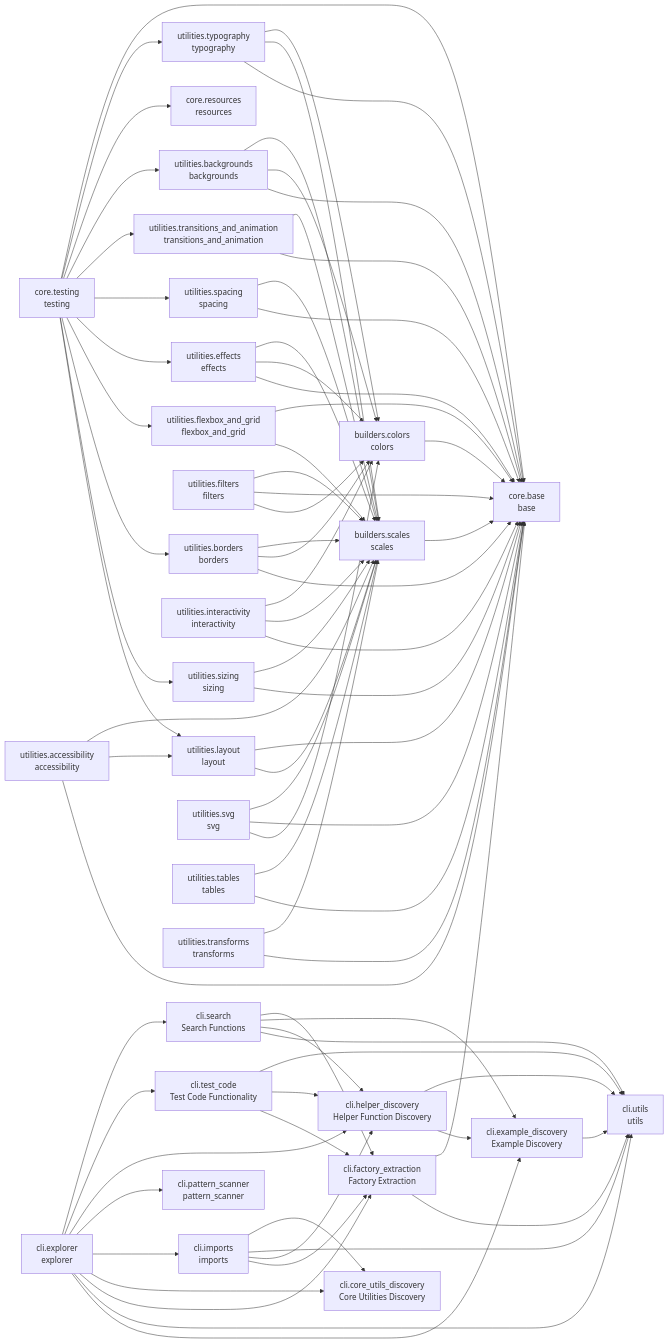
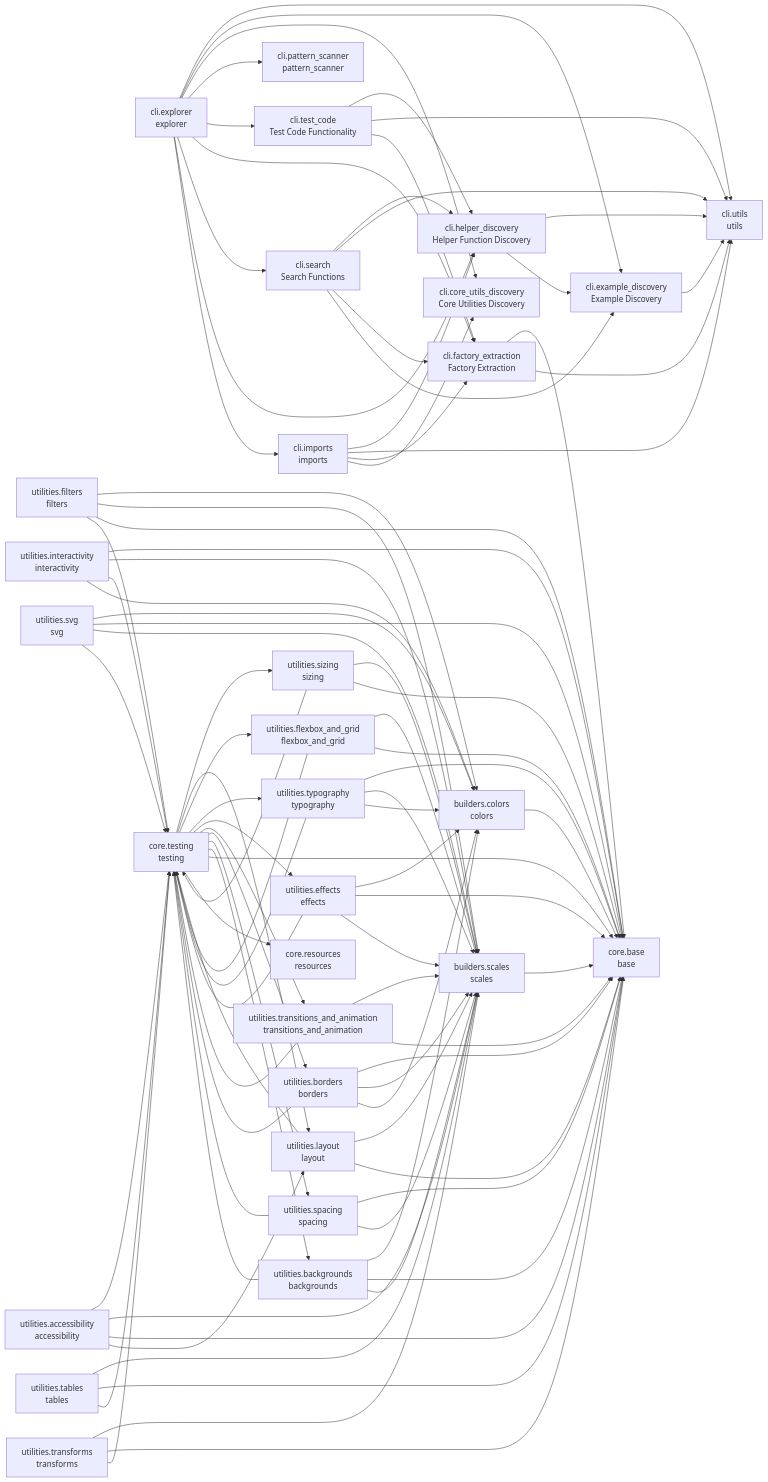
Before and after one commit to cj-mills/cjm-fasthtml-tailwind: the diagram in README.md, drawn with Mermaid. The commit also changed other lines of this file and 35 other files, not shown here.

````diff
--- a/README.md
+++ b/README.md
@@ -87,77 +87,92 @@
     builders_colors --> core_base
     builders_scales --> core_base
     cli_example_discovery --> cli_utils
+    cli_explorer --> cli_utils
     cli_explorer --> cli_example_discovery
-    cli_explorer --> cli_utils
+    cli_explorer --> cli_core_utils_discovery
+    cli_explorer --> cli_pattern_scanner
+    cli_explorer --> cli_test_code
     cli_explorer --> cli_factory_extraction
-    cli_explorer --> cli_core_utils_discovery
+    cli_explorer --> cli_search
+    cli_explorer --> cli_helper_discovery
     cli_explorer --> cli_imports
-    cli_explorer --> cli_pattern_scanner
-    cli_explorer --> cli_helper_discovery
-    cli_explorer --> cli_test_code
-    cli_explorer --> cli_search
+    cli_factory_extraction --> core_base
     cli_factory_extraction --> cli_utils
-    cli_factory_extraction --> core_base
+    cli_helper_discovery --> cli_utils
     cli_helper_discovery --> cli_example_discovery
-    cli_helper_discovery --> cli_utils
-    cli_imports --> cli_factory_extraction
     cli_imports --> cli_helper_discovery
     cli_imports --> cli_utils
+    cli_imports --> cli_factory_extraction
     cli_imports --> cli_core_utils_discovery
+    cli_search --> cli_helper_discovery
     cli_search --> cli_utils
-    cli_search --> cli_helper_discovery
+    cli_search --> cli_factory_extraction
     cli_search --> cli_example_discovery
-    cli_search --> cli_factory_extraction
-    cli_test_code --> cli_factory_extraction
     cli_test_code --> cli_helper_discovery
     cli_test_code --> cli_utils
+    cli_test_code --> cli_factory_extraction
+    core_testing --> utilities_sizing
     core_testing --> utilities_layout
-    core_testing --> utilities_sizing
+    core_testing --> utilities_flexbox_and_grid
+    core_testing --> utilities_typography
+    core_testing --> utilities_effects
+    core_testing --> utilities_transitions_and_animation
     core_testing --> utilities_borders
-    core_testing --> utilities_flexbox_and_grid
-    core_testing --> utilities_effects
     core_testing --> utilities_spacing
-    core_testing --> utilities_transitions_and_animation
     core_testing --> utilities_backgrounds
+    core_testing --> core_base
     core_testing --> core_resources
-    core_testing --> utilities_typography
-    core_testing --> core_base
+    utilities_accessibility --> core_testing
+    utilities_accessibility --> builders_scales
     utilities_accessibility --> core_base
     utilities_accessibility --> utilities_layout
-    utilities_accessibility --> builders_scales
+    utilities_backgrounds --> builders_colors
     utilities_backgrounds --> core_base
-    utilities_backgrounds --> builders_colors
     utilities_backgrounds --> builders_scales
+    utilities_backgrounds --> core_testing
     utilities_borders --> core_base
+    utilities_borders --> builders_scales
+    utilities_borders --> core_testing
     utilities_borders --> builders_colors
-    utilities_borders --> builders_scales
+    utilities_effects --> builders_colors
     utilities_effects --> core_base
-    utilities_effects --> builders_colors
     utilities_effects --> builders_scales
+    utilities_effects --> core_testing
     utilities_filters --> builders_colors
+    utilities_filters --> builders_scales
     utilities_filters --> core_base
-    utilities_filters --> builders_scales
+    utilities_filters --> core_testing
     utilities_flexbox_and_grid --> builders_scales
     utilities_flexbox_and_grid --> core_base
+    utilities_flexbox_and_grid --> core_testing
     utilities_interactivity --> core_base
     utilities_interactivity --> builders_scales
+    utilities_interactivity --> core_testing
     utilities_interactivity --> builders_colors
     utilities_layout --> builders_scales
     utilities_layout --> core_base
+    utilities_layout --> core_testing
+    utilities_sizing --> core_testing
+    utilities_sizing --> builders_scales
     utilities_sizing --> core_base
-    utilities_sizing --> builders_scales
     utilities_spacing --> core_base
     utilities_spacing --> builders_scales
+    utilities_spacing --> core_testing
     utilities_svg --> builders_colors
     utilities_svg --> core_base
     utilities_svg --> builders_scales
+    utilities_svg --> core_testing
+    utilities_tables --> builders_scales
     utilities_tables --> core_base
-    utilities_tables --> builders_scales
+    utilities_tables --> core_testing
+    utilities_transforms --> builders_scales
     utilities_transforms --> core_base
-    utilities_transforms --> builders_scales
+    utilities_transforms --> core_testing
+    utilities_transitions_and_animation --> builders_scales
     utilities_transitions_and_animation --> core_base
-    utilities_transitions_and_animation --> builders_scales
+    utilities_transitions_and_animation --> core_testing
     utilities_typography --> core_base
     utilities_typography --> builders_scales
+    utilities_typography --> core_testing
     utilities_typography --> builders_colors
 ```
````
